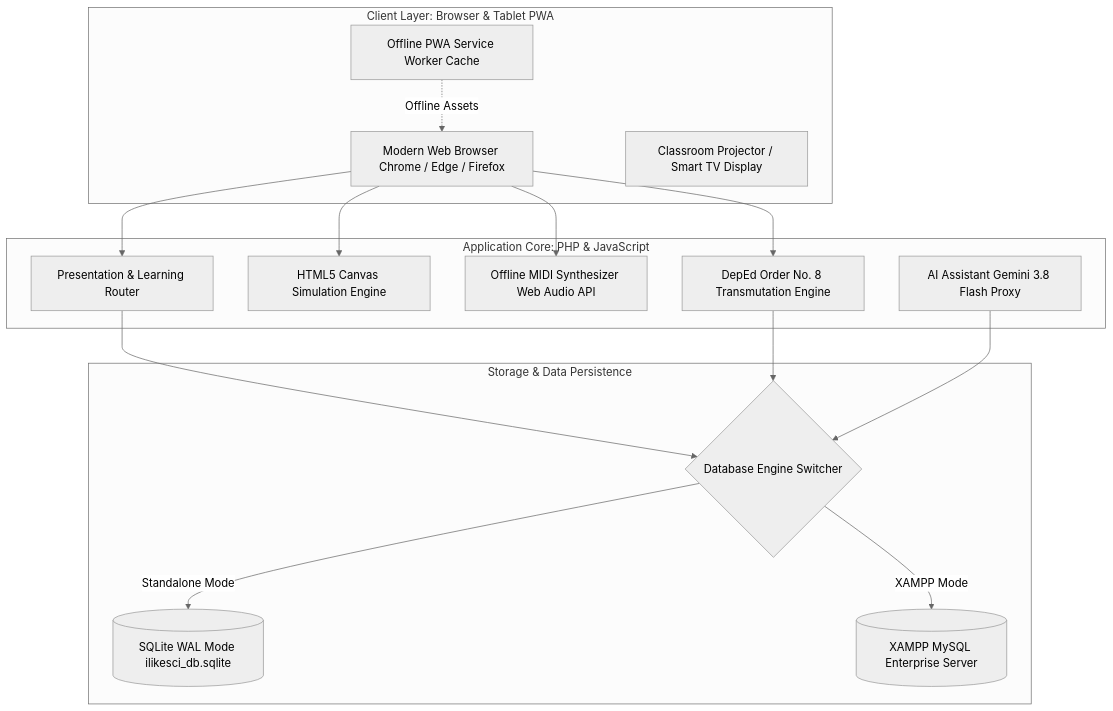
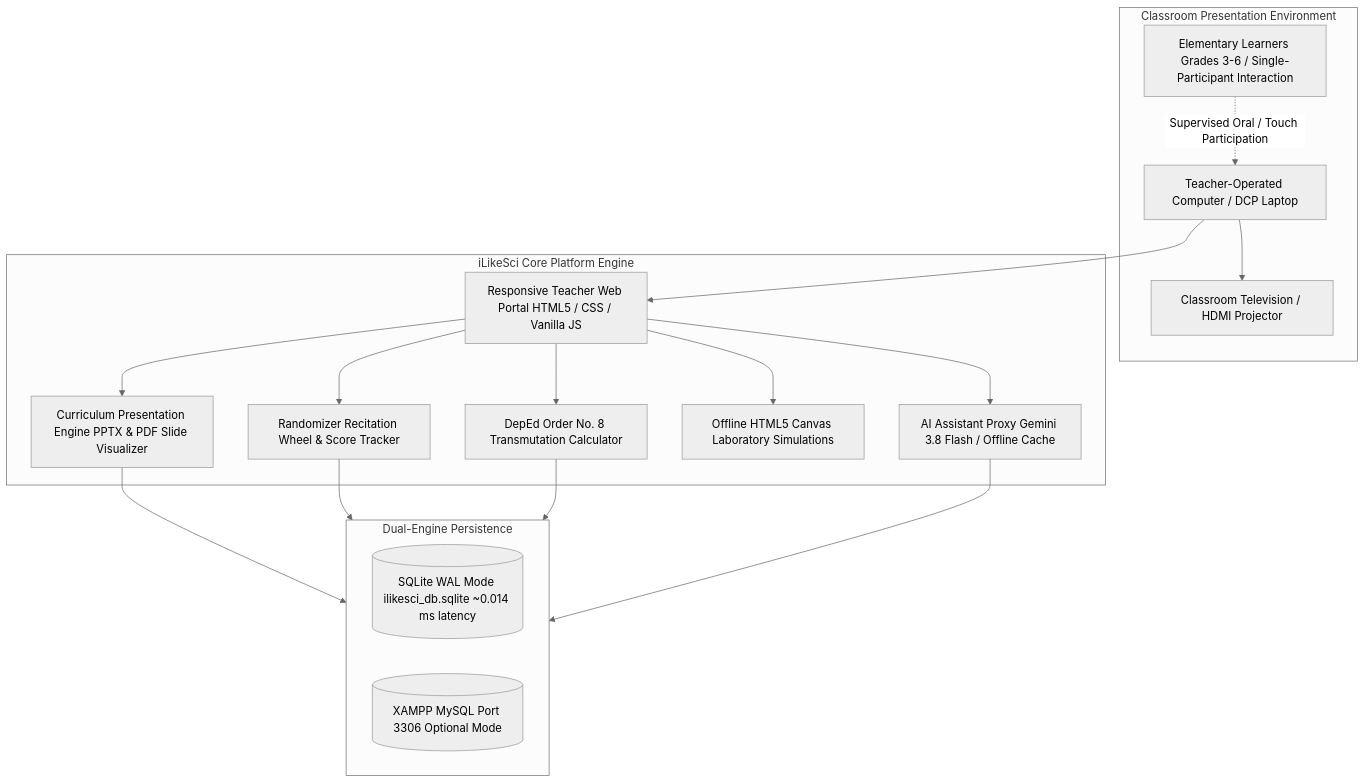
The diagram in APPENDIX_F_USER_MANUAL.md (Chr1st1ano/ILikeSci), drawn with Mermaid (neutral theme) before and after one commit. The commit also changed other lines of this file and 4 other files, not shown here.

````diff
--- a/APPENDIX_F_USER_MANUAL.md
+++ b/APPENDIX_F_USER_MANUAL.md
@@ -49,33 +80,35 @@
 ```mermaid
 graph TD
-    subgraph ClientLayer [Client Layer: Browser & Tablet PWA]
-        Browser[Modern Web Browser Chrome / Edge / Firefox]
-        PWA[Offline PWA Service Worker Cache]
-        Projector[Classroom Projector / Smart TV Display]
+    subgraph ClassroomEnvironment [Classroom Presentation Environment]
+        TeacherLaptop[Teacher-Operated Computer / DCP Laptop]
+        TVProjector[Classroom Television / HDMI Projector]
+        Students[Elementary Learners Grades 3-6 / Single-Participant Interaction]
     end
 
-    subgraph AppLayer [Application Core: PHP & JavaScript]
-        Router[Presentation & Learning Router]
-        SimEngine[HTML5 Canvas Simulation Engine]
-        AudioSynth[Offline MIDI Synthesizer Web Audio API]
-        DepEdEngine[DepEd Order No. 8 Transmutation Engine]
-        AIAssist[AI Assistant Gemini 3.8 Flash Proxy]
+    subgraph iLikeSciSystem [iLikeSci Core Platform Engine]
+        UI[Responsive Teacher Web Portal HTML5 / CSS / Vanilla JS]
+        Media[Curriculum Presentation Engine PPTX & PDF Slide Visualizer]
+        Recitation[Randomizer Recitation Wheel & Score Tracker]
+        Grading[DepEd Order No. 8 Transmutation Calculator]
+        Sims[Offline HTML5 Canvas Laboratory Simulations]
+        AI[AI Assistant Proxy Gemini 3.8 Flash / Offline Cache]
     end
 
-    subgraph DataLayer [Storage & Data Persistence]
-        DualEngine{Database Engine Switcher}
-        SQLite[(SQLite WAL Mode ilikesci_db.sqlite)]
-        MySQL[(XAMPP MySQL Enterprise Server)]
+    subgraph StorageEngine [Dual-Engine Persistence]
+        SQLite[(SQLite WAL Mode ilikesci_db.sqlite ~0.014 ms latency)]
+        MySQL[(XAMPP MySQL Port 3306 Optional Mode)]
     end
 
-    Browser --> Router
-    Browser --> SimEngine
-    Browser --> AudioSynth
-    Browser --> DepEdEngine
-    Router --> DualEngine
-    DepEdEngine --> DualEngine
-    AIAssist --> DualEngine
-    DualEngine -->|Standalone Mode| SQLite
-    DualEngine -->|XAMPP Mode| MySQL
-    PWA -.->|Offline Assets| Browser
+    TeacherLaptop --> UI
+    UI --> Media
+    UI --> Recitation
+    UI --> Grading
+    UI --> Sims
+    UI --> AI
+    TeacherLaptop --> TVProjector
+    Students -.->|Supervised Oral / Touch Participation| TeacherLaptop
+    Media --> StorageEngine
+    Recitation --> StorageEngine
+    Grading --> StorageEngine
+    AI --> StorageEngine
 ```
````
